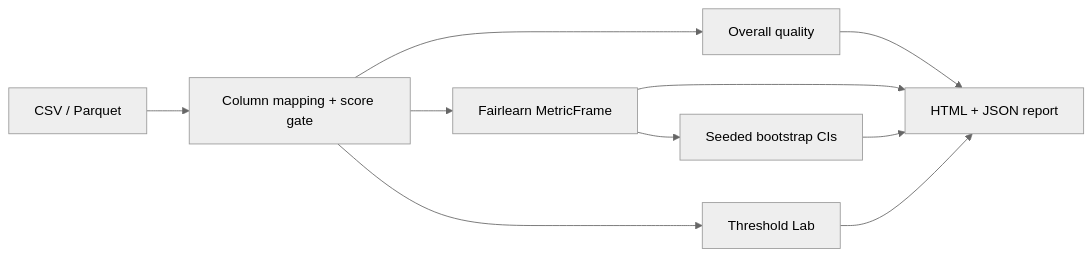
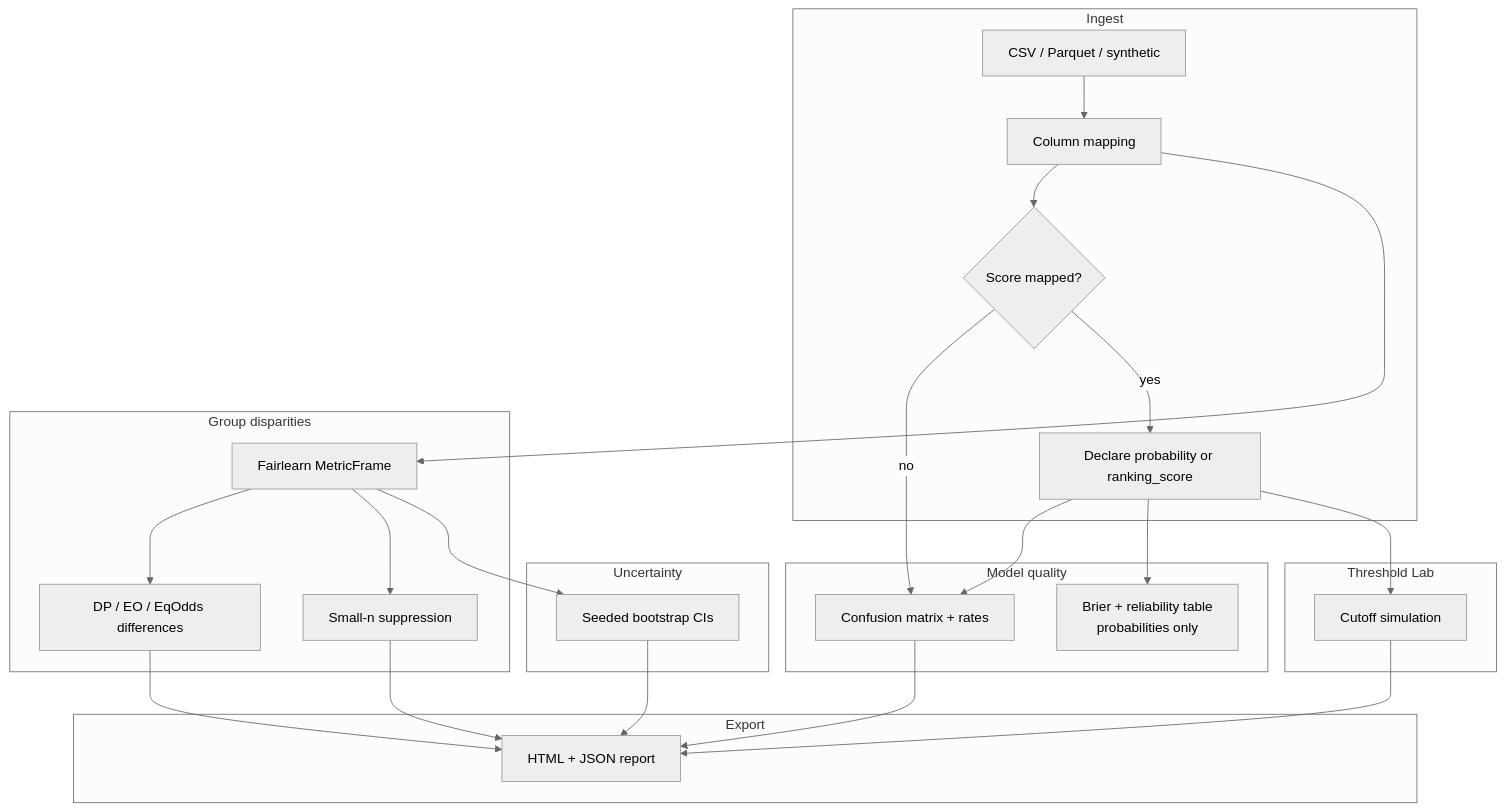
Before and after one commit to hasanhuseyinyetkiner/fairhire-audit: the diagram in README.md, drawn with Mermaid (neutral theme). The commit also changed other lines of this file and 6 other files, not shown here.

````diff
--- a/README.md
+++ b/README.md
@@ -45,12 +55,40 @@
 ```mermaid
-flowchart LR
-  CSV[CSV / Parquet] --> M[Column mapping + score gate]
-  M --> Q[Overall quality]
-  M --> G[Fairlearn MetricFrame]
-  G --> B[Seeded bootstrap CIs]
-  M --> T[Threshold Lab]
-  Q --> R[HTML + JSON report]
-  G --> R
-  B --> R
-  T --> R
+flowchart TB
+  subgraph ingest [Ingest]
+    U[CSV / Parquet / synthetic]
+    M[Column mapping]
+    S{Score mapped?}
+    G[Declare probability or ranking_score]
+  end
+  subgraph quality [Model quality]
+    CM[Confusion matrix + rates]
+    BR[Brier + reliability table<br/>probabilities only]
+  end
+  subgraph groups [Group disparities]
+    MF[Fairlearn MetricFrame]
+    DIFF[DP / EO / EqOdds differences]
+    SUP[Small-n suppression]
+  end
+  subgraph uncertainty [Uncertainty]
+    BS[Seeded bootstrap CIs]
+  end
+  subgraph lab [Threshold Lab]
+    TH[Cutoff simulation]
+  end
+  subgraph out [Export]
+    R[HTML + JSON report]
+  end
+  U --> M --> S
+  S -->|no| CM
+  S -->|yes| G --> CM
+  G --> BR
+  M --> MF --> DIFF
+  MF --> SUP
+  MF --> BS
+  G --> TH
+  CM --> R
+  DIFF --> R
+  BS --> R
+  TH --> R
+  SUP --> R
 ```
````
